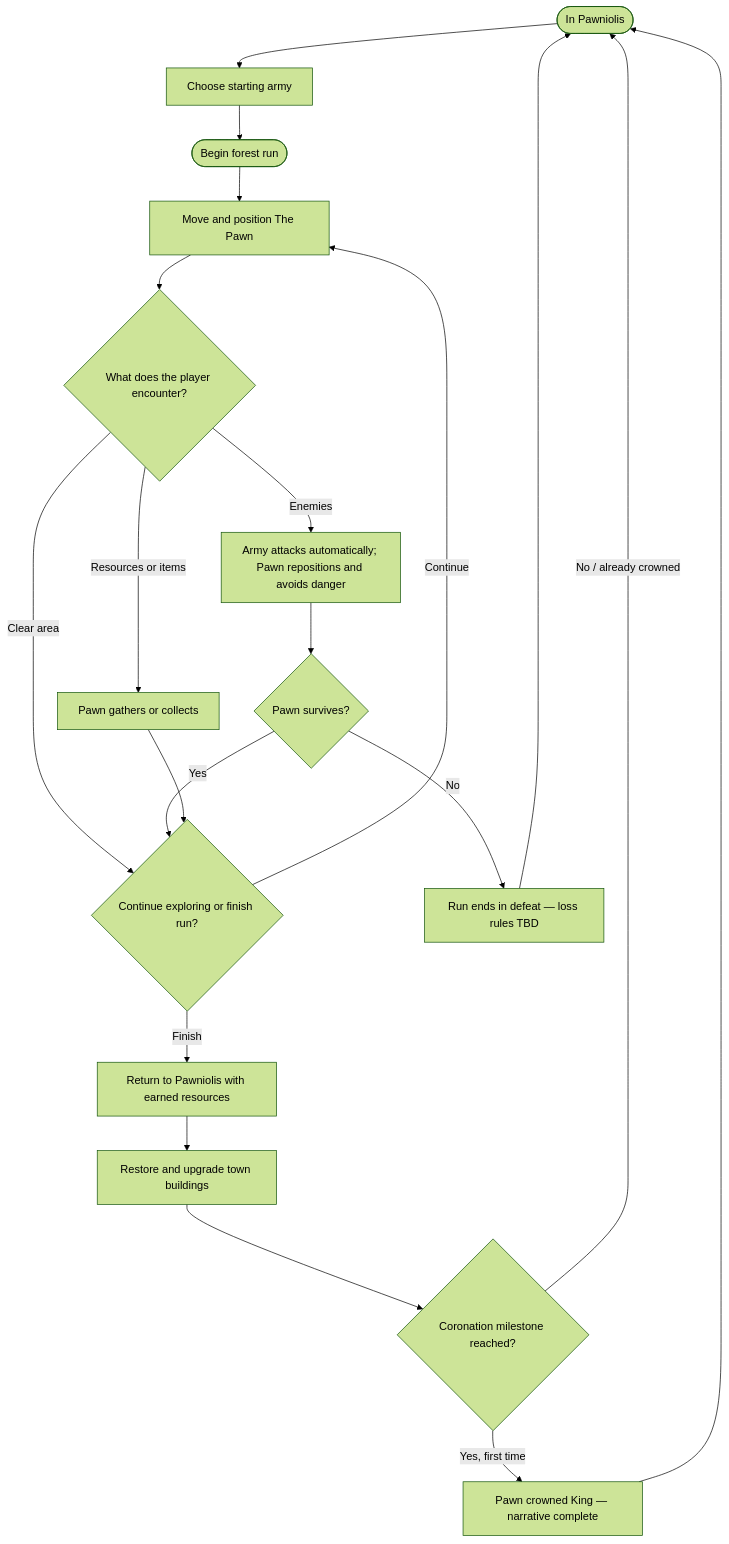
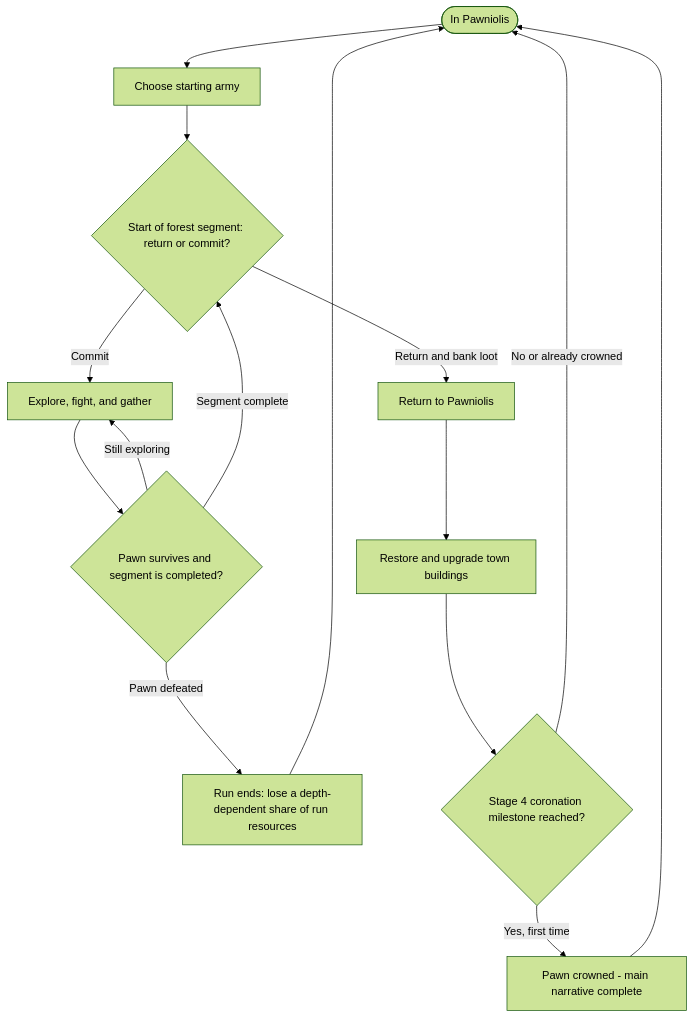
Before and after one commit to ThyWooof/Pawny_Meadows_MVP: the diagram in README.md, drawn with Mermaid (forest theme). The commit also changed other lines of this file, not shown here.

````diff
--- a/README.md
+++ b/README.md
@@ -75,22 +107,17 @@
 ```mermaid
 flowchart TD
     A([In Pawniolis]) --> B[Choose starting army]
-    B --> C([Begin forest run])
-    C --> D[Move and position The Pawn]
-    D --> E{What does the player encounter?}
-    E -->|Enemies| F[Army attacks automatically; Pawn repositions and avoids danger]
-    E -->|Resources or items| G[Pawn gathers or collects]
-    E -->|Clear area| H{Continue exploring or finish run?}
-    F --> I{Pawn survives?}
-    I -->|Yes| H
-    I -->|No| J[Run ends in defeat — loss rules TBD]
-    G --> H
-    H -->|Continue| D
-    H -->|Finish| K[Return to Pawniolis with earned resources]
-    K --> L[Restore and upgrade town buildings]
-    L --> M{Coronation milestone reached?}
-    M -->|Yes, first time| N[Pawn crowned King — narrative complete]
-    M -->|No / already crowned| A
-    N --> A
+    B --> C{Start of forest segment: return or commit?}
+    C -->|Commit| D[Explore, fight, and gather]
+    D --> E{Pawn survives and segment is completed?}
+    E -->|Still exploring| D
+    E -->|Segment complete| C
+    E -->|Pawn defeated| F[Run ends: lose a depth-dependent share of run resources]
+    C -->|Return and bank loot| G[Return to Pawniolis]
+    G --> H[Restore and upgrade town buildings]
+    H --> I{Stage 4 coronation milestone reached?}
+    I -->|Yes, first time| J[Pawn crowned - main narrative complete]
+    I -->|No or already crowned| A
     J --> A
+    F --> A
 ```
````
